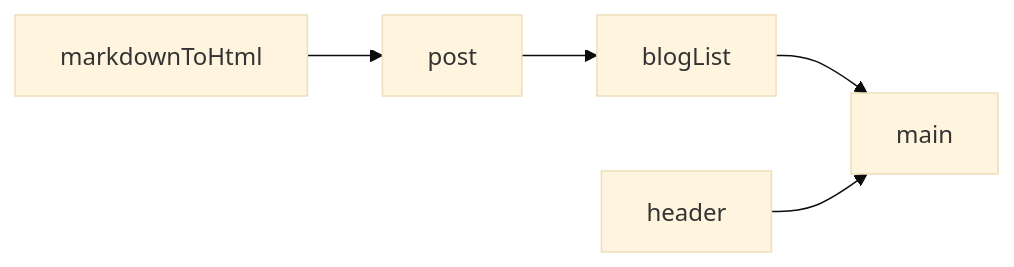
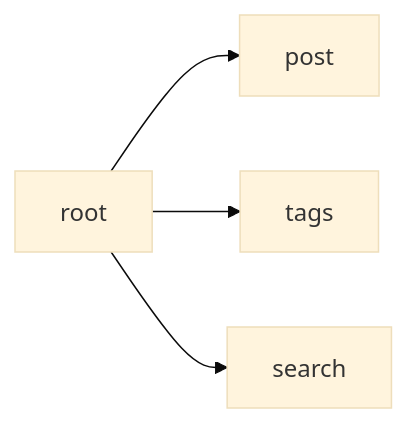
Before and after one commit to arch-spatula/new-blog-2025: the second of 2 diagrams in README.md, drawn with Mermaid (base theme). The commit also changed other lines of this file and 2 other files, not shown here.

````diff
--- a/README.md
+++ b/README.md
@@ -31,7 +41,6 @@
 ```mermaid
 graph LR
-    blogList --> main
-    header --> main
-    post --> blogList
-    markdownToHtml --> post
+    root --> post
+    root --> tags
+    root --> search
 ```
````
